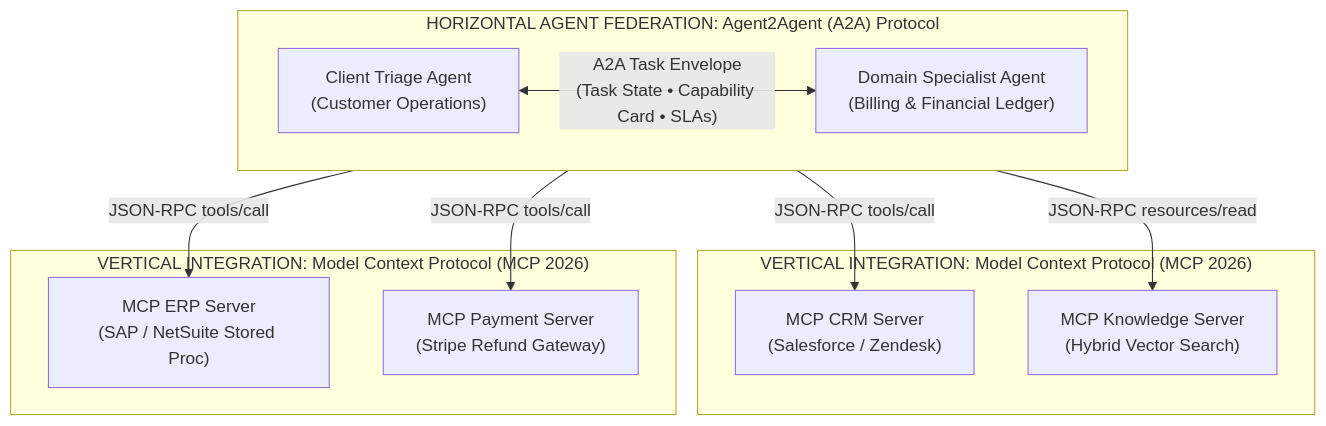
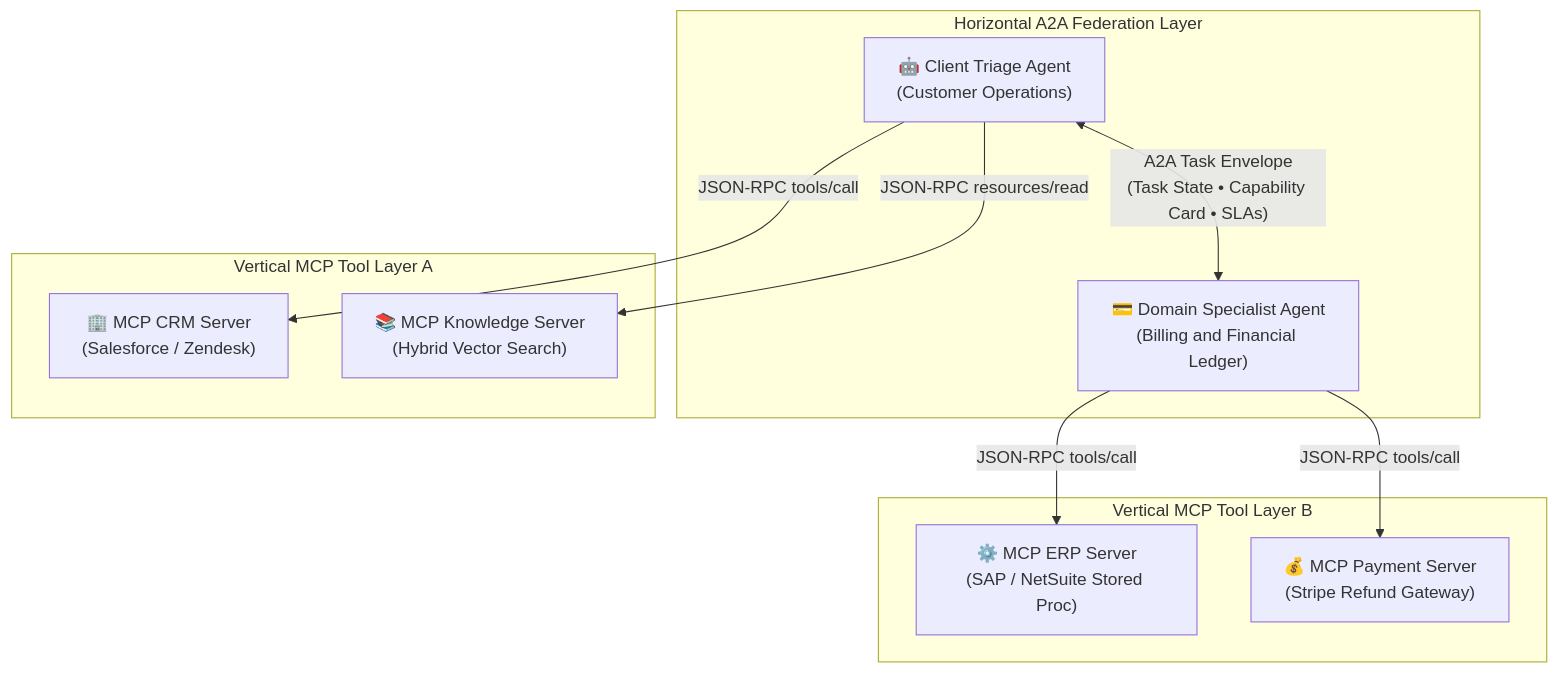
The diagram in architecture/adrs/ADR-005-agent-to-agent-a2a-vs-model-context-protocol-mcp.md (dip4k/senior-engineer-to-ai-engineer-roadmap), drawn with Mermaid before and after one commit. The commit also changed 94 other files, not shown here.

Commit message:
refactor(curriculum): complete Phase 04 upgrade and enforce diagram renderer invariants

````diff
--- a/architecture/adrs/ADR-005-agent-to-agent-a2a-vs-model-context-protocol-mcp.md
+++ b/architecture/adrs/ADR-005-agent-to-agent-a2a-vs-model-context-protocol-mcp.md
@@ -33,17 +33,16 @@
 ```mermaid
 flowchart TD
-    subgraph Horizontal["HORIZONTAL AGENT FEDERATION: Agent2Agent (A2A) Protocol"]
-        direction LR
-        AgentA["Client Triage Agent<br>(Customer Operations)"] <-->|"A2A Task Envelope<br>(Task State • Capability Card • SLAs)"| AgentB["Domain Specialist Agent<br>(Billing & Financial Ledger)"]
+    subgraph Horizontal["Horizontal A2A Federation Layer"]
+        AgentA["🤖 Client Triage Agent<br>(Customer Operations)"] <-->|"A2A Task Envelope<br>(Task State • Capability Card • SLAs)"| AgentB["💳 Domain Specialist Agent<br>(Billing and Financial Ledger)"]
     end
 
-    subgraph VerticalA["VERTICAL INTEGRATION: Model Context Protocol (MCP 2026)"]
-        AgentA -->|"JSON-RPC tools/call"| MCP_CRM["MCP CRM Server<br>(Salesforce / Zendesk)"]
-        AgentA -->|"JSON-RPC resources/read"| MCP_KB["MCP Knowledge Server<br>(Hybrid Vector Search)"]
+    subgraph VerticalA["Vertical MCP Tool Layer A"]
+        AgentA -->|"JSON-RPC tools/call"| MCP_CRM["🏢 MCP CRM Server<br>(Salesforce / Zendesk)"]
+        AgentA -->|"JSON-RPC resources/read"| MCP_KB["📚 MCP Knowledge Server<br>(Hybrid Vector Search)"]
     end
 
-    subgraph VerticalB["VERTICAL INTEGRATION: Model Context Protocol (MCP 2026)"]
-        AgentB -->|"JSON-RPC tools/call"| MCP_ERP["MCP ERP Server<br>(SAP / NetSuite Stored Proc)"]
-        AgentB -->|"JSON-RPC tools/call"| MCP_Stripe["MCP Payment Server<br>(Stripe Refund Gateway)"]
+    subgraph VerticalB["Vertical MCP Tool Layer B"]
+        AgentB -->|"JSON-RPC tools/call"| MCP_ERP["⚙️ MCP ERP Server<br>(SAP / NetSuite Stored Proc)"]
+        AgentB -->|"JSON-RPC tools/call"| MCP_Stripe["💰 MCP Payment Server<br>(Stripe Refund Gateway)"]
     end
 ```
````
